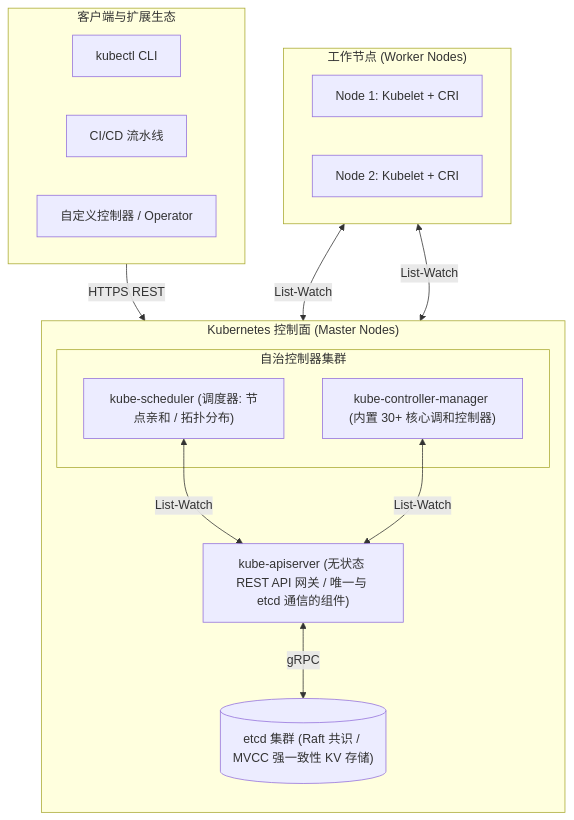
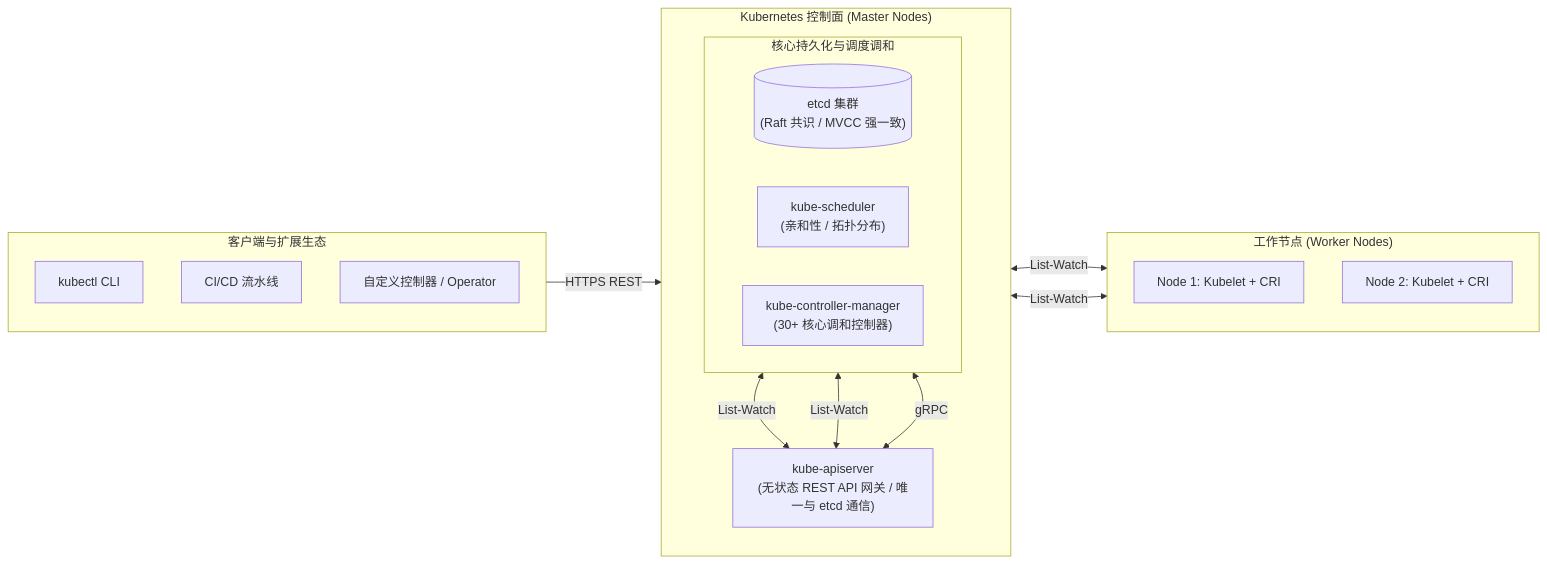
The second of 8 diagrams in content/posts/kubernetes-internals/k8s-02-architecture-declarative-api-control-loop.md (MoreConsequence/MoreConsequence.github.io), drawn with Mermaid before and after one commit. The commit also changed other lines of this file and 835 other files, not shown here.

First line of the commit message:
feat(blog): 全站33篇新增深度专栏与博文全量审核上线及矢量图表优化

````diff
--- a/content/posts/kubernetes-internals/k8s-02-architecture-declarative-api-control-loop.md
+++ b/content/posts/kubernetes-internals/k8s-02-architecture-declarative-api-control-loop.md
@@ -100,33 +100,33 @@
 ```mermaid
-flowchart TB
+flowchart LR
     subgraph Clients["客户端与扩展生态"]
         Kubectl["kubectl CLI"]
         CI["CI/CD 流水线"]
         CRD["自定义控制器 / Operator"]
     end
 
     subgraph ControlPlane["Kubernetes 控制面 (Master Nodes)"]
         direction TB
-        APIServer["kube-apiserver (无状态 REST API 网关 / 唯一与 etcd 通信的组件)"]
+        APIServer["kube-apiserver<br/>(无状态 REST API 网关 / 唯一与 etcd 通信)"]
         
-        subgraph Controllers["自治控制器集群"]
-            Scheduler["kube-scheduler (调度器: 节点亲和 / 拓扑分布)"]
-            KCM["kube-controller-manager (内置 30+ 核心调和控制器)"]
+        subgraph Internal["核心持久化与调度调和"]
+            direction LR
+            ETCD[("etcd 集群<br/>(Raft 共识 / MVCC 强一致)")]
+            Scheduler["kube-scheduler<br/>(亲和性 / 拓扑分布)"]
+            KCM["kube-controller-manager<br/>(30+ 核心调和控制器)"]
         end
-
-        ETCD[("etcd 集群 (Raft 共识 / MVCC 强一致性 KV 存储)")]
+        APIServer <-->|gRPC| ETCD
+        Scheduler <-->|List-Watch| APIServer
+        KCM <-->|List-Watch| APIServer
     end
 
     subgraph WorkerNodes["工作节点 (Worker Nodes)"]
-        direction LR
+        direction TB
         Kubelet1["Node 1: Kubelet + CRI"]
         Kubelet2["Node 2: Kubelet + CRI"]
     end
 
     Clients -->|HTTPS REST| APIServer
-    APIServer <-->|gRPC| ETCD
-    Scheduler <-->|List-Watch| APIServer
-    KCM <-->|List-Watch| APIServer
-    Kubelet1 <-->|List-Watch| APIServer
-    Kubelet2 <-->|List-Watch| APIServer
+    APIServer <-->|List-Watch| Kubelet1
+    APIServer <-->|List-Watch| Kubelet2
 ```
````
